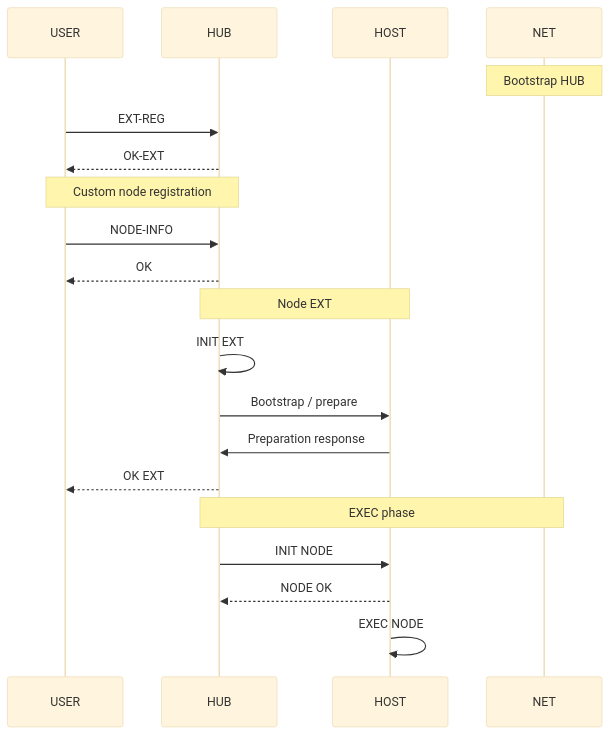
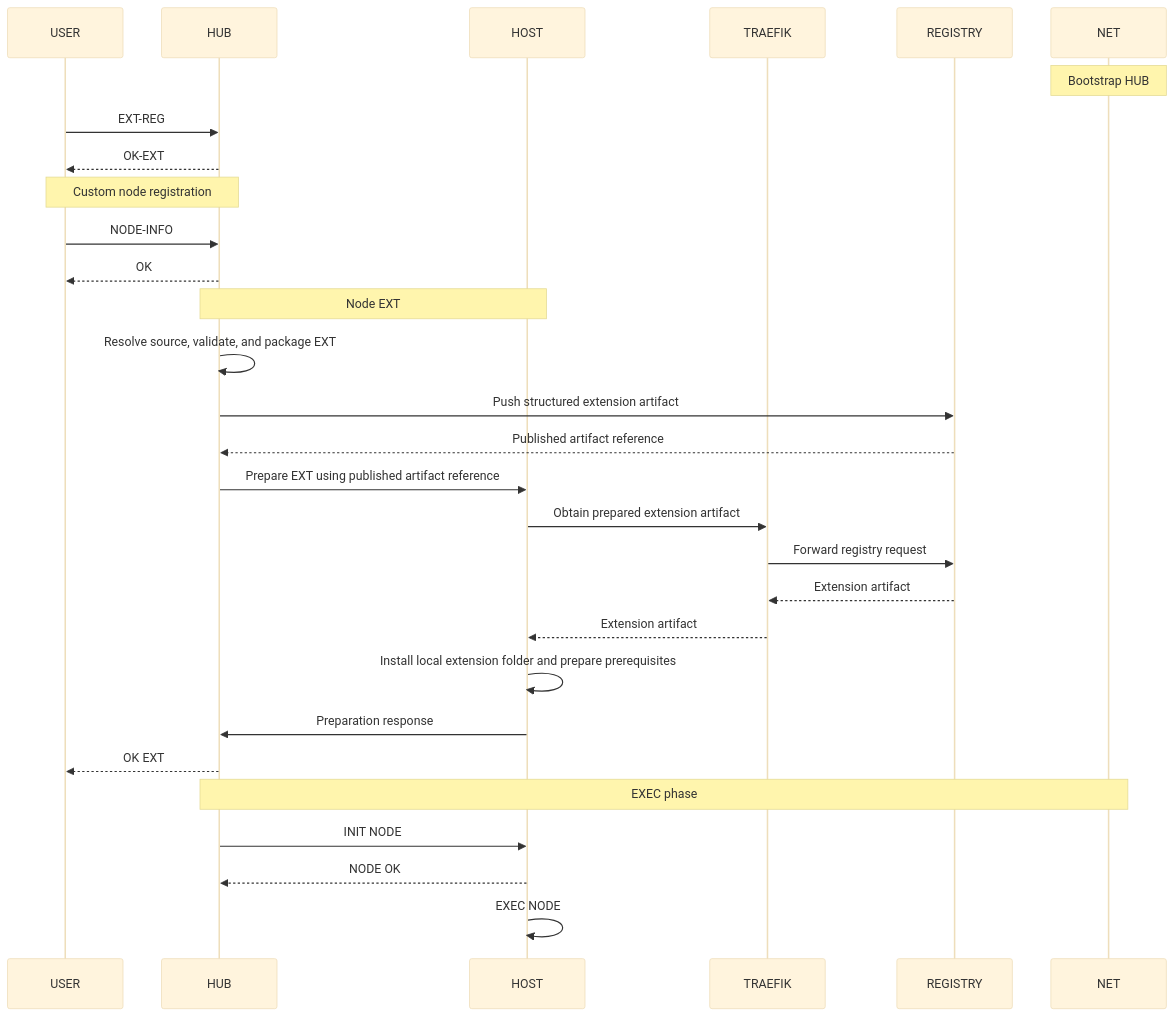
The second of 2 diagrams in ai/custom-node-type-plan.md (Suntitle/Suntitle), drawn with Mermaid (base theme) before and after one commit. The commit also changed other lines of this file and 1 other file, not shown here.

Commit message:
add extension reconcile overview

````diff
--- a/ai/custom-node-type-plan.md
+++ b/ai/custom-node-type-plan.md
@@ -106,29 +140,38 @@
 ```mermaid
 sequenceDiagram
     participant USER
     participant HUB
     participant HOST
+    participant TRAEFIK
+    participant REGISTRY
     participant NET
 
     Note over NET: Bootstrap HUB
 
     USER->>HUB: EXT-REG
     HUB-->>USER: OK-EXT
     Note over USER,HUB: Custom node registration
 
     USER->>HUB: NODE-INFO
     HUB-->>USER: OK
 
     Note over HUB,HOST: Node EXT
 
-    HUB->>HUB: INIT EXT
-    HUB->>HOST: Bootstrap / prepare
+    HUB->>HUB: Resolve source, validate, and package EXT
+    HUB->>REGISTRY: Push structured extension artifact
+    REGISTRY-->>HUB: Published artifact reference
+    HUB->>HOST: Prepare EXT using published artifact reference
+    HOST->>TRAEFIK: Obtain prepared extension artifact
+    TRAEFIK->>REGISTRY: Forward registry request
+    REGISTRY-->>TRAEFIK: Extension artifact
+    TRAEFIK-->>HOST: Extension artifact
+    HOST->>HOST: Install local extension folder and prepare prerequisites
     HOST->>HUB: Preparation response
     HUB-->>USER: OK EXT
 
     Note over HUB,NET: EXEC phase
 
     HUB->>HOST: INIT NODE
     HOST-->>HUB: NODE OK
     HOST->>HOST: EXEC NODE
 ```
````
